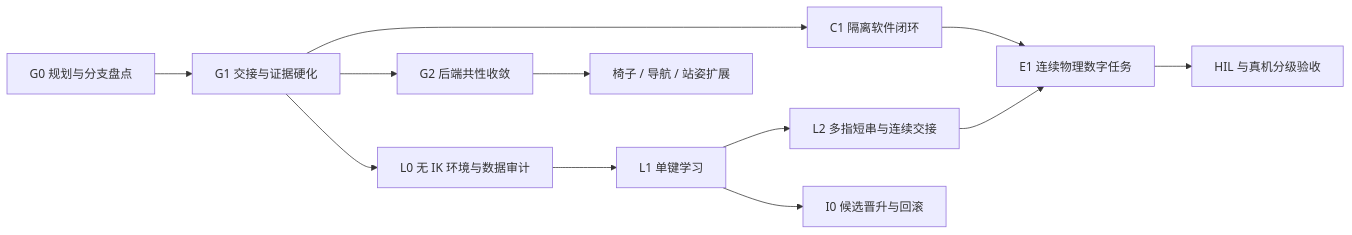
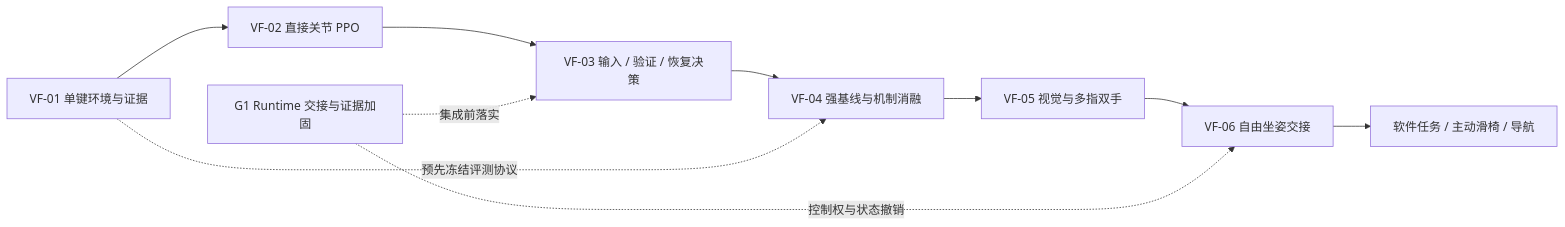
One commit to 123tthh/Robot-Physics-Agent-for-computer-programming changed the diagram in docs/ROADMAP.md. Above: the diagram before and after it, drawn with Mermaid. The commit also changed other lines of this file and 29 other files, not shown here.

````diff
--- a/docs/ROADMAP.md
+++ b/docs/ROADMAP.md
@@ -11,14 +11,12 @@
 ```mermaid
 flowchart LR
-    G0[G0 规划与分支盘点] --> G1[G1 交接与证据硬化]
-    G1 --> G2[G2 后端共性收敛]
-    G1 --> C1[C1 隔离软件闭环]
-    G1 --> L0[L0 无 IK 环境与数据审计]
-    L0 --> L1[L1 单键学习]
-    L1 --> L2[L2 多指短串与连续交接]
-    C1 --> E1[E1 连续物理数字任务]
-    L2 --> E1
-    L1 --> I0[I0 候选晋升与回滚]
-    G2 --> X[椅子 / 导航 / 站姿扩展]
-    E1 --> H[HIL 与真机分级验收]
+    F1[VF-01 单键环境与证据] --> F2[VF-02 直接关节 PPO]
+    F2 --> F3[VF-03 输入 / 验证 / 恢复决策]
+    F3 --> F4[VF-04 强基线与机制消融]
+    F1 -.预先冻结评测协议.-> F4
+    F4 --> F5[VF-05 视觉与多指双手]
+    F5 --> F6[VF-06 自由坐姿交接]
+    F6 --> Later[软件任务 / 主动滑椅 / 导航]
+    G1[G1 Runtime 交接与证据加固] -.集成前落实.-> F3
+    G1 -.控制权与状态撤销.-> F6
 ```
````
